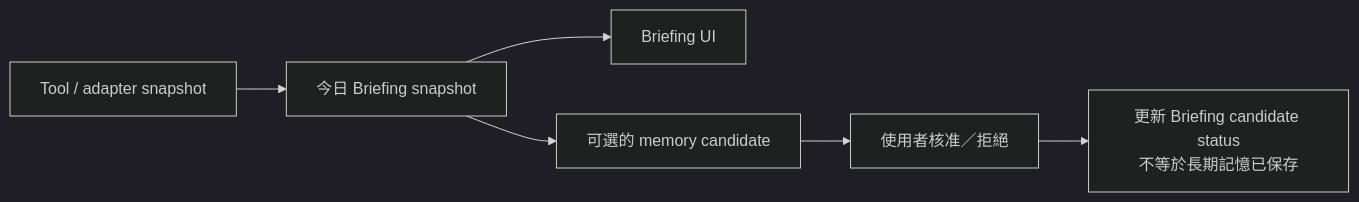
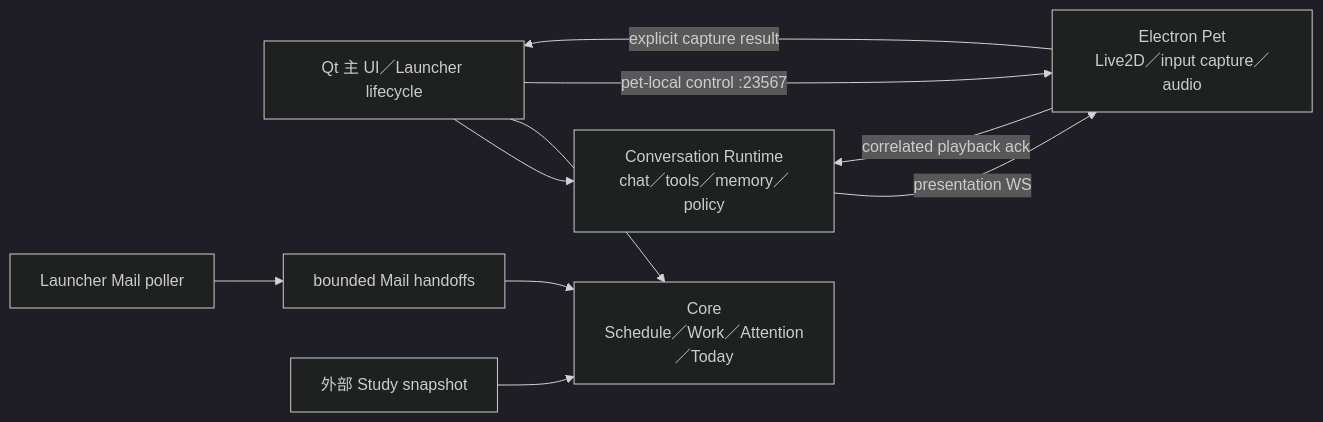
One commit to lulu930128/desktop-agent-runtime changed the diagram in docs/architecture/RuntimeArchitecture.md. Above: the diagram before and after it, drawn with Mermaid (dark theme). The commit also changed other lines of this file and 491 other files, not shown here.

````diff
--- a/docs/architecture/RuntimeArchitecture.md
+++ b/docs/architecture/RuntimeArchitecture.md
@@ -257,8 +7,12 @@
 ```mermaid
 flowchart LR
-    Adapter["Tool / adapter snapshot"] --> Snapshot["今日 Briefing snapshot"]
-    Snapshot --> Dashboard["Briefing UI"]
-    Snapshot --> Candidate["可選的 memory candidate"]
-    Candidate --> Review["使用者核准／拒絕"]
-    Review --> CandidateStatus["更新 Briefing candidate status<br/>不等於長期記憶已保存"]
+    Qt["Qt 主 UI／Launcher lifecycle"] --> Runtime["Conversation Runtime<br/>chat／tools／memory／policy"]
+    Qt --> Core["Core<br/>Schedule／Work／Attention／Today"]
+    Qt -->|pet-local control :23567| Pet["Electron Pet<br/>Live2D／input capture／audio"]
+    Runtime -->|presentation WS| Pet
+    Pet -->|correlated playback ack| Runtime
+    Pet -->|explicit capture result| Qt
+    Poller["Launcher Mail poller"] --> Handoff["bounded Mail handoffs"]
+    Handoff --> Core
+    Study["外部 Study snapshot"] --> Core
 ```
````
